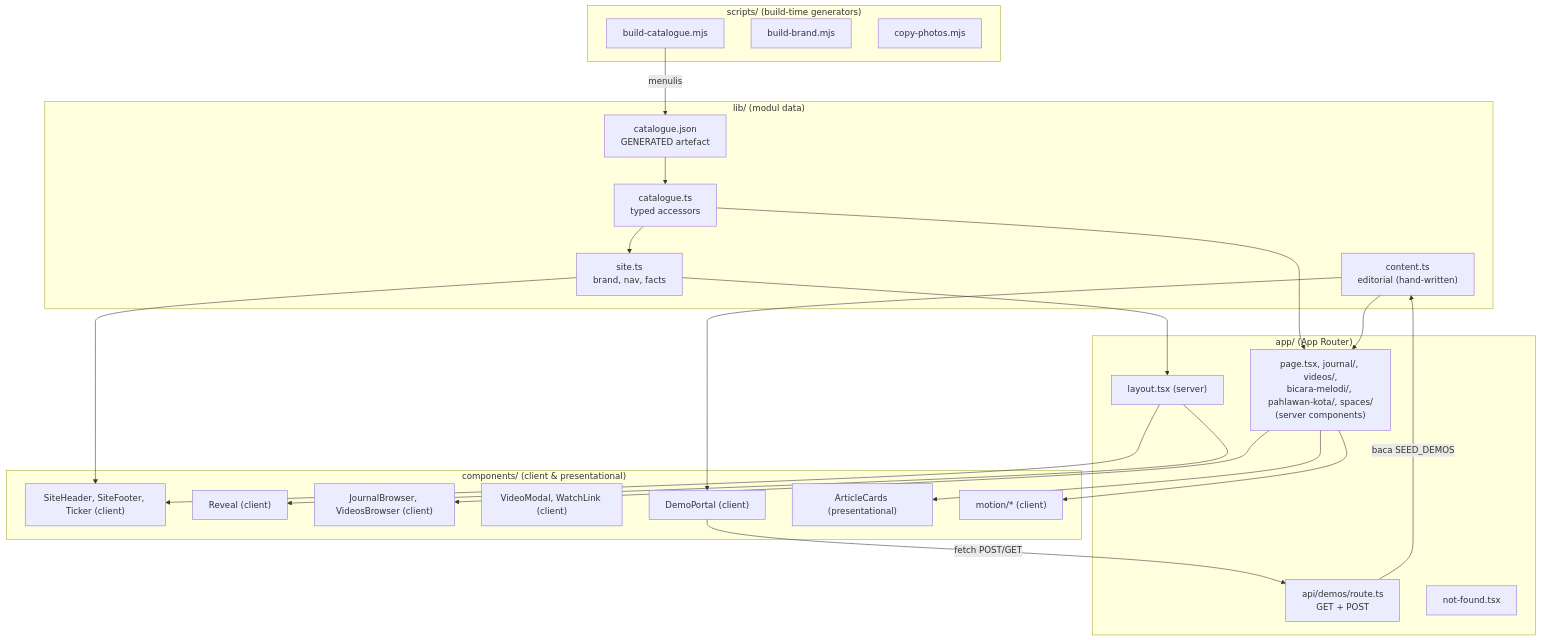
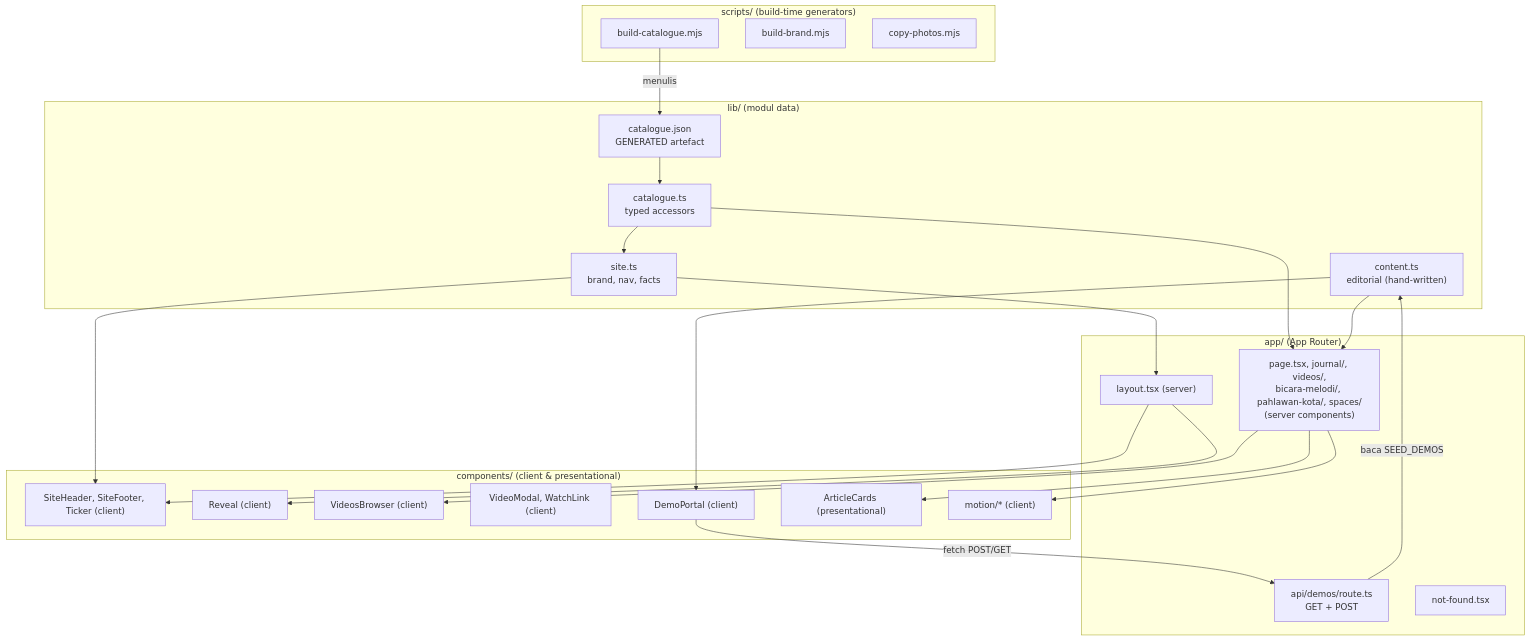
Before and after one commit to albiruby/melodialam-website: the third of 5 diagrams in docs/ARCHITECTURE.md, drawn with Mermaid. The commit also changed other lines of this file and 16 other files, not shown here.

````diff
--- a/docs/ARCHITECTURE.md
+++ b/docs/ARCHITECTURE.md
@@ -214,48 +214,48 @@
 ```mermaid
 graph TB
   subgraph scripts["scripts/ (build-time generators)"]
     bc["build-catalogue.mjs"]
     bb["build-brand.mjs"]
     cp["copy-photos.mjs"]
   end
 
   subgraph lib["lib/ (modul data)"]
     content["content.ts<br/>editorial (hand-written)"]
     catjson["catalogue.json<br/>GENERATED artefact"]
     catts["catalogue.ts<br/>typed accessors"]
     site["site.ts<br/>brand, nav, facts"]
   end
 
   subgraph app["app/ (App Router)"]
     layout["layout.tsx (server)"]
     pages["page.tsx, journal/, videos/,<br/>bicara-melodi/, pahlawan-kota/, spaces/<br/>(server components)"]
     demos["api/demos/route.ts<br/>GET + POST"]
     notfound["not-found.tsx"]
   end
 
   subgraph comp["components/ (client & presentational)"]
     header["SiteHeader, SiteFooter, Ticker (client)"]
     reveal["Reveal (client)"]
-    browsers["JournalBrowser, VideosBrowser (client)"]
+    browsers["VideosBrowser (client)"]
     vmodal["VideoModal, WatchLink (client)"]
     demo["DemoPortal (client)"]
     cards["ArticleCards (presentational)"]
     motionc["motion/* (client)"]
   end
 
   bc -->|"menulis"| catjson
   catjson --> catts
   catts --> site
   catts --> pages
   content --> pages
   content --> demo
   site --> layout
   site --> header
   pages --> browsers
   pages --> cards
   pages --> motionc
   layout --> header
   layout --> reveal
   demo -->|"fetch POST/GET"| demos
   demos -->|"baca SEED_DEMOS"| content
 ```
````
